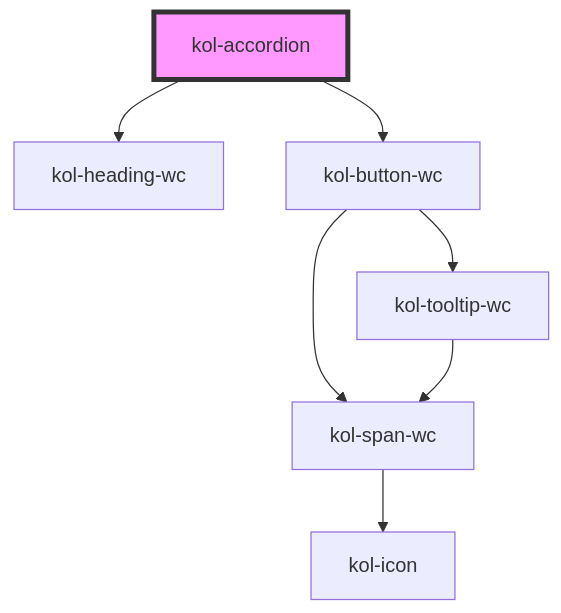
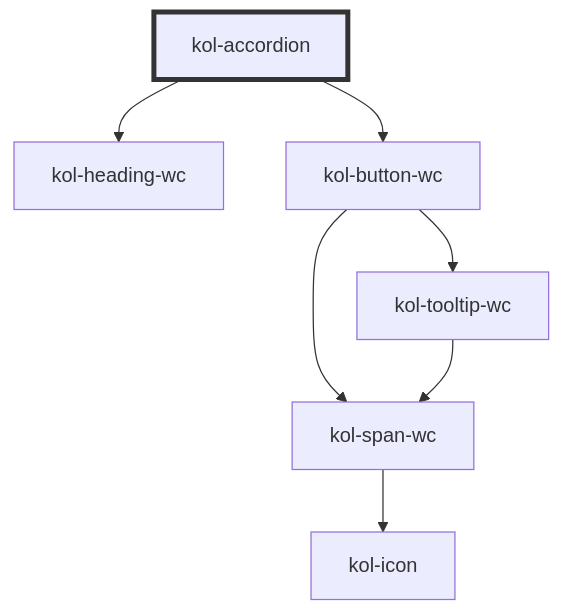
Before and after one commit to public-ui/kolibri: the diagram in packages/components/src/components/accordion/readme.md, drawn with Mermaid. The commit also changed 40 other files, not shown here.

````diff
--- a/packages/components/src/components/accordion/readme.md
+++ b/packages/components/src/components/accordion/readme.md
@@ -134,10 +134,10 @@
 ```mermaid
 graph TD;
   kol-accordion --> kol-heading-wc
   kol-accordion --> kol-button-wc
   kol-button-wc --> kol-span-wc
   kol-button-wc --> kol-tooltip-wc
   kol-span-wc --> kol-icon
   kol-tooltip-wc --> kol-span-wc
-  style kol-accordion fill:#f9f,stroke:#333,stroke-width:4px
+  style kol-accordion stroke:#333,stroke-width:4px
 ```
````
